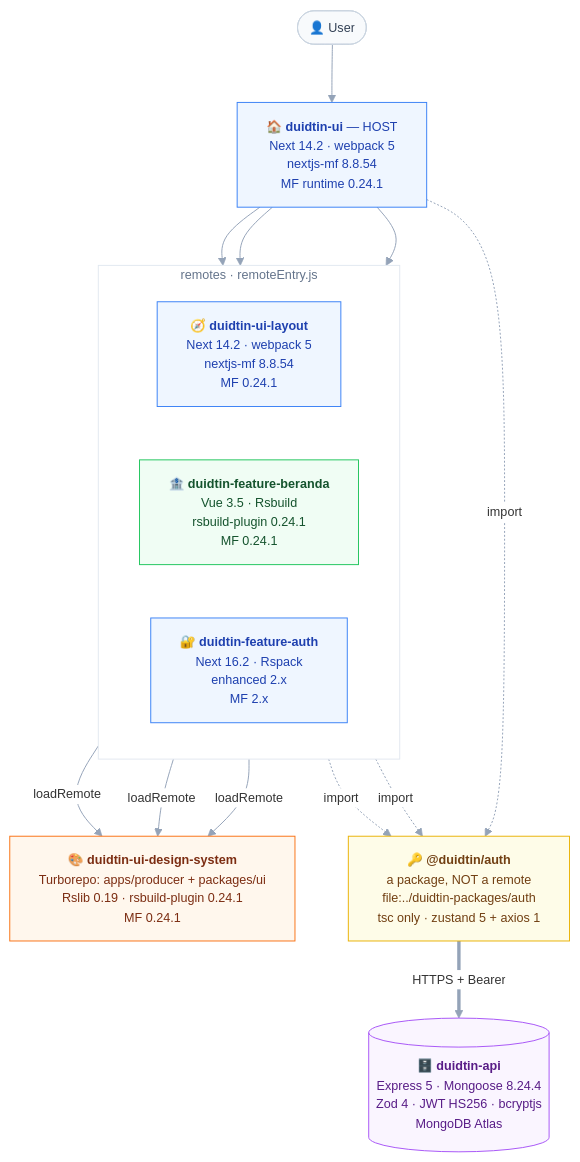
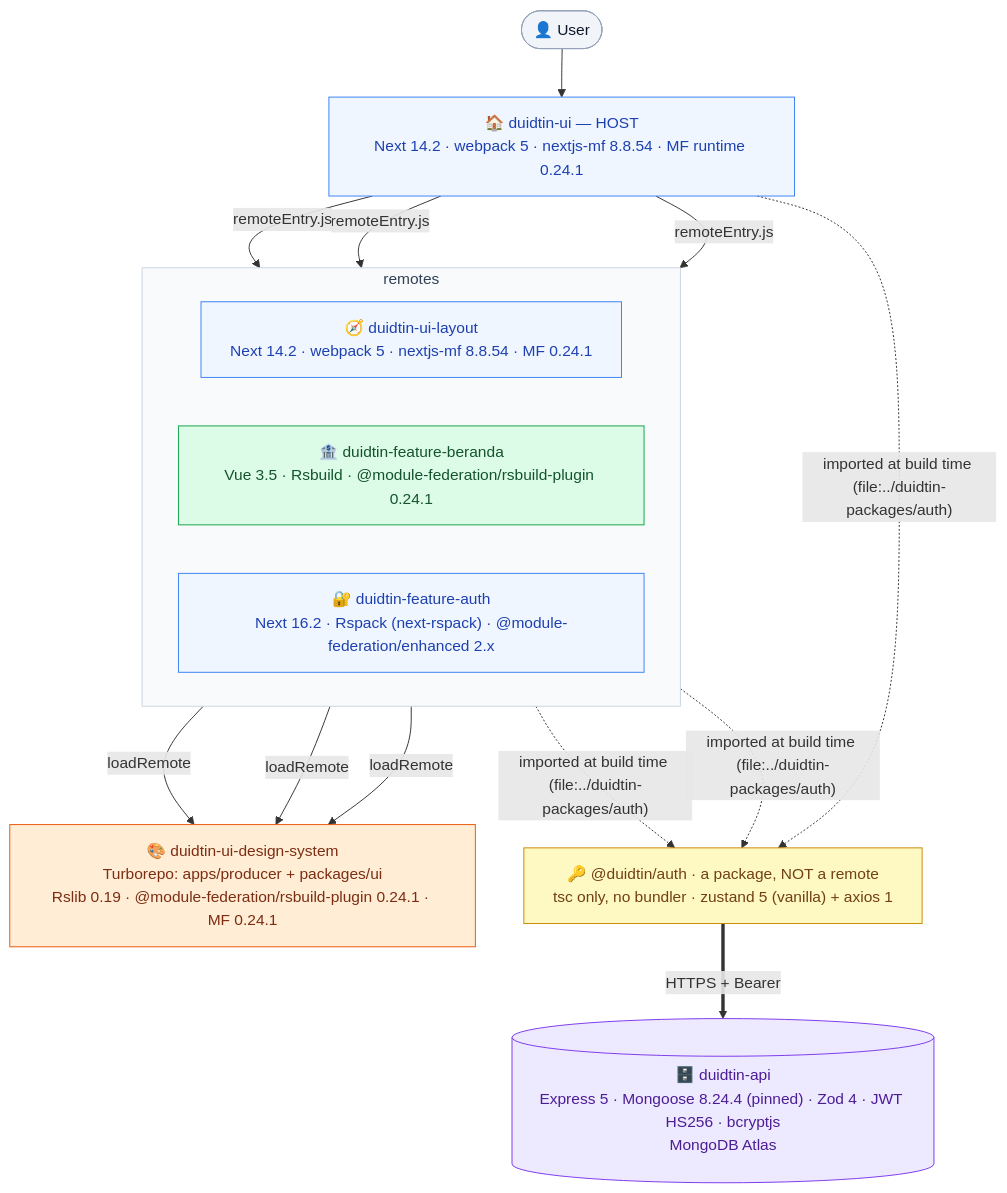
Before and after one commit to AnggaWikaNugraha/super-apps-microfrontend-duidtin: the diagram in README.md, drawn with Mermaid. The commit also changed 1 other file, not shown here.

````diff
--- a/README.md
+++ b/README.md
@@ -281,40 +281,40 @@
 ```mermaid
-%%{init: {'theme':'base','themeVariables':{'fontSize':'13px','lineColor':'#94a3b8','edgeLabelBackground':'#ffffff'},'flowchart':{'wrappingWidth':235,'nodeSpacing':55,'rankSpacing':60,'curve':'basis'}}}%%
+%%{init: {'flowchart': {'wrappingWidth': 420}}}%%
 flowchart TD
   U(["👤 User"]) --> H
 
-  H["🏠 <b>duidtin-ui</b> — HOST<br/>Next 14.2 · webpack 5<br/>nextjs-mf 8.8.54<br/>MF runtime 0.24.1"]
+  H["🏠 duidtin-ui — HOST<br/>Next 14.2 · webpack 5 · nextjs-mf 8.8.54 · MF runtime 0.24.1"]
 
-  subgraph RUNTIME ["remotes · remoteEntry.js"]
+  subgraph RUNTIME ["remotes"]
     direction LR
-    L["🧭 <b>duidtin-ui-layout</b><br/>Next 14.2 · webpack 5<br/>nextjs-mf 8.8.54<br/>MF 0.24.1"]
-    B["🏦 <b>duidtin-feature-beranda</b><br/>Vue 3.5 · Rsbuild<br/>rsbuild-plugin 0.24.1<br/>MF 0.24.1"]
-    A["🔐 <b>duidtin-feature-auth</b><br/>Next 16.2 · Rspack<br/>enhanced 2.x<br/>MF 2.x"]
+    L["🧭 duidtin-ui-layout<br/>Next 14.2 · webpack 5 · nextjs-mf 8.8.54 · MF 0.24.1"]
+    B["🏦 duidtin-feature-beranda<br/>Vue 3.5 · Rsbuild · @module-federation/rsbuild-plugin 0.24.1"]
+    A["🔐 duidtin-feature-auth<br/>Next 16.2 · Rspack (next-rspack) · @module-federation/enhanced 2.x"]
   end
 
-  H --> L
-  H --> B
-  H --> A
+  H -- "remoteEntry.js" --> L
+  H -- "remoteEntry.js" --> B
+  H -- "remoteEntry.js" --> A
 
-  L & B & A -- "loadRemote" --> DS["🎨 <b>duidtin-ui-design-system</b><br/>Turborepo: apps/producer + packages/ui<br/>Rslib 0.19 · rsbuild-plugin 0.24.1<br/>MF 0.24.1"]
+  L & B & A -- "loadRemote" --> DS["🎨 duidtin-ui-design-system<br/>Turborepo: apps/producer + packages/ui<br/>Rslib 0.19 · @module-federation/rsbuild-plugin 0.24.1 · MF 0.24.1"]
 
-  H & B & A -. "import" .-> P["🔑 <b>@duidtin/auth</b><br/>a package, NOT a remote<br/>file:../duidtin-packages/auth<br/>tsc only · zustand 5 + axios 1"]
+  H & B & A -. "imported at build time (file:../duidtin-packages/auth)" .-> P["🔑 @duidtin/auth · a package, NOT a remote<br/>tsc only, no bundler · zustand 5 (vanilla) + axios 1"]
 
-  P == "HTTPS + Bearer" ==> API[("🗄️ <b>duidtin-api</b><br/>Express 5 · Mongoose 8.24.4<br/>Zod 4 · JWT HS256 · bcryptjs<br/>MongoDB Atlas")]
+  P == "HTTPS + Bearer" ==> API[("🗄️ duidtin-api<br/>Express 5 · Mongoose 8.24.4 (pinned) · Zod 4 · JWT HS256 · bcryptjs<br/>MongoDB Atlas")]
 
-  classDef user fill:#f8fafc,stroke:#cbd5e1,color:#334155
+  classDef user fill:#f1f5f9,stroke:#94a3b8,color:#0f172a
   classDef next fill:#eff6ff,stroke:#3b82f6,color:#1e40af
-  classDef rs fill:#fff7ed,stroke:#f97316,color:#7c2d12
-  classDef vue fill:#f0fdf4,stroke:#22c55e,color:#14532d
-  classDef pkg fill:#fefce8,stroke:#eab308,color:#713f12
-  classDef backend fill:#faf5ff,stroke:#a855f7,color:#581c87
+  classDef rs fill:#ffedd5,stroke:#ea580c,color:#7c2d12
+  classDef vue fill:#dcfce7,stroke:#16a34a,color:#14532d
+  classDef pkg fill:#fef9c3,stroke:#ca8a04,color:#713f12
+  classDef backend fill:#ede9fe,stroke:#7c3aed,color:#4c1d95
 
   class U user
   class H,L,A next
   class DS rs
   class B vue
   class P pkg
   class API backend
 
-  style RUNTIME fill:#ffffff,stroke:#e2e8f0,color:#64748b
+  style RUNTIME fill:#f8fafc,stroke:#cbd5e1,color:#334155
 ```
````
